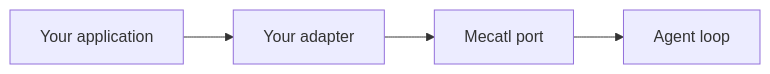
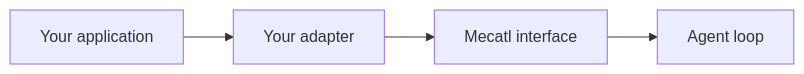
One commit to stacklok/mecatl changed the diagram in user-docs/building/extension-points/index.md. Above: the diagram before and after it, drawn with Mermaid. The commit also changed other lines of this file and 8 other files, not shown here.

````diff
--- a/user-docs/building/extension-points/index.md
+++ b/user-docs/building/extension-points/index.md
@@ -16,6 +17,6 @@
 ```mermaid
 graph LR
     App["Your application"] --> Adapter["Your adapter"]
-    Adapter --> Port["Mecatl port"]
+    Adapter --> Port["Mecatl interface"]
     Port --> Loop["Agent loop"]
 ```
````
